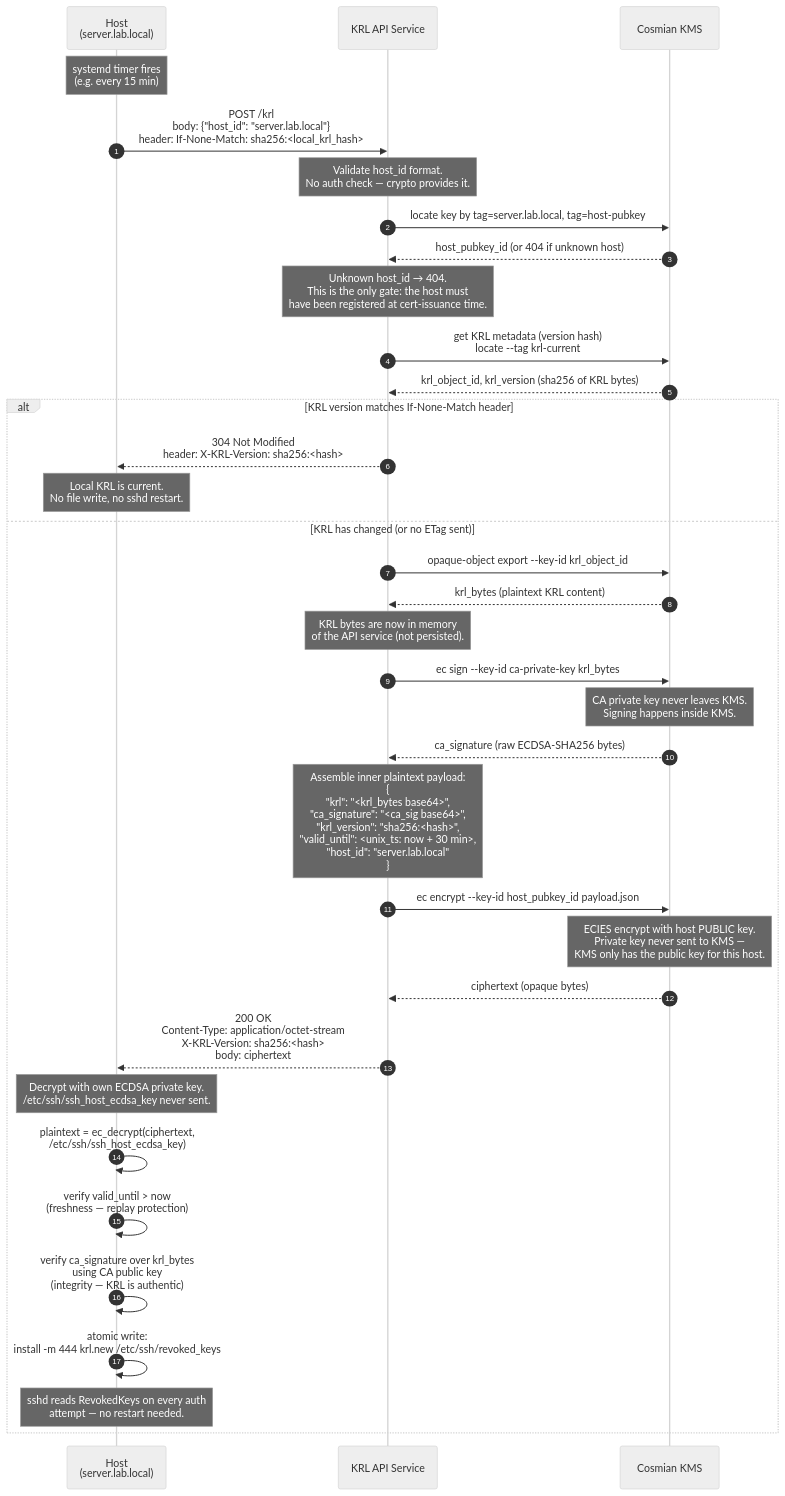
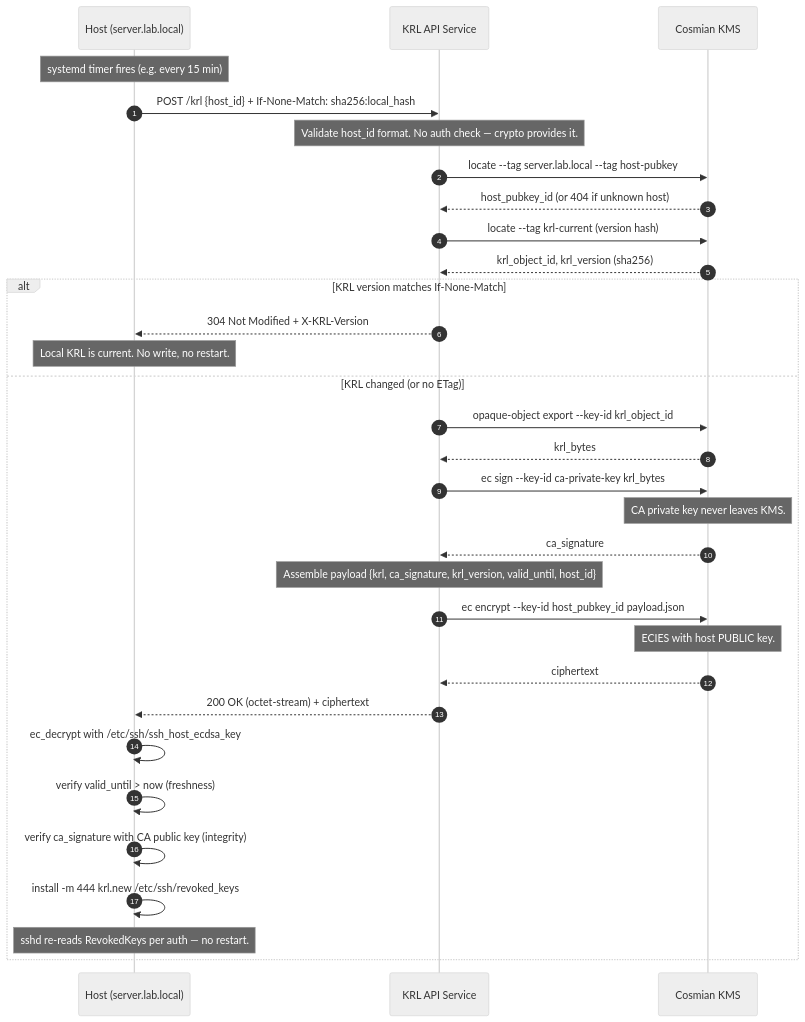
One commit to oriolrius/ssh-ca-cosmian-kms changed the second of 2 diagrams in docs/krl-distribution.md. Above: the diagram before and after it, drawn with Mermaid (neutral theme). The commit also changed other lines of this file and 5 other files, not shown here.

First line of the commit message:
docs: restyle KRL doc to match the reference, drop ASCII art, remove PLAN.md

````diff
--- a/docs/krl-distribution.md
+++ b/docs/krl-distribution.md
@@ -106,58 +96,35 @@
 ```mermaid
 sequenceDiagram
     autonumber
+    participant H as Host (server.lab.local)
+    participant A as KRL API Service
+    participant K as Cosmian KMS
 
-    participant H  as Host<br/>(server.lab.local)
-    participant A  as KRL API Service
-    participant K  as Cosmian KMS
-
-    note over H: systemd timer fires<br/>(e.g. every 15 min)
-
-    H  ->> A: POST /krl<br/>body: {"host_id": "server.lab.local"}<br/>header: If-None-Match: sha256:<local_krl_hash>
-
-    note over A: Validate host_id format.<br/>No auth check — crypto provides it.
-
-    A  ->> K: locate key by tag=server.lab.local, tag=host-pubkey
-    K  -->> A: host_pubkey_id (or 404 if unknown host)
-
-    note over A: Unknown host_id → 404.<br/>This is the only gate: the host must<br/>have been registered at cert-issuance time.
-
-    A  ->> K: get KRL metadata (version hash)<br/>locate --tag krl-current
-    K  -->> A: krl_object_id, krl_version (sha256 of KRL bytes)
-
-    alt KRL version matches If-None-Match header
-        A  -->> H: 304 Not Modified<br/>header: X-KRL-Version: sha256:<hash>
-        note over H: Local KRL is current.<br/>No file write, no sshd restart.
-    else KRL has changed (or no ETag sent)
-
-        A  ->> K: opaque-object export --key-id krl_object_id
-        K  -->> A: krl_bytes (plaintext KRL content)
-
-        note over A: KRL bytes are now in memory<br/>of the API service (not persisted).
-
-        A  ->> K: ec sign --key-id ca-private-key  krl_bytes
-        note over K: CA private key never leaves KMS.<br/>Signing happens inside KMS.
-        K  -->> A: ca_signature (raw ECDSA-SHA256 bytes)
-
-        note over A: Assemble inner plaintext payload:<br/>{<br/>  "krl":          "<krl_bytes base64>",<br/>  "ca_signature": "<ca_sig  base64>",<br/>  "krl_version":  "sha256:<hash>",<br/>  "valid_until":  <unix_ts: now + 30 min>,<br/>  "host_id":      "server.lab.local"<br/>}
-
-        A  ->> K: ec encrypt --key-id host_pubkey_id  payload.json
-        note over K: ECIES encrypt with host PUBLIC key.<br/>Private key never sent to KMS —<br/>KMS only has the public key for this host.
-        K  -->> A: ciphertext (opaque bytes)
-
-        A  -->> H: 200 OK<br/>Content-Type: application/octet-stream<br/>X-KRL-Version: sha256:<hash><br/>body: ciphertext
-
-        note over H: Decrypt with own ECDSA private key.<br/>/etc/ssh/ssh_host_ecdsa_key never sent.
-
-        H  ->> H: plaintext = ec_decrypt(ciphertext,<br/>  /etc/ssh/ssh_host_ecdsa_key)
-
-        H  ->> H: verify valid_until > now<br/>(freshness — replay protection)
-
-        H  ->> H: verify ca_signature over krl_bytes<br/>using CA public key<br/>(integrity — KRL is authentic)
-
-        H  ->> H: atomic write:<br/>install -m 444 krl.new /etc/ssh/revoked_keys
-
-        note over H: sshd reads RevokedKeys on every auth<br/>attempt — no restart needed.
-
+    note over H: systemd timer fires (e.g. every 15 min)
+    H ->> A: POST /krl {host_id} + If-None-Match: sha256:local_hash
+    note over A: Validate host_id format. No auth check — crypto provides it.
+    A ->> K: locate --tag server.lab.local --tag host-pubkey
+    K -->> A: host_pubkey_id (or 404 if unknown host)
+    A ->> K: locate --tag krl-current (version hash)
+    K -->> A: krl_object_id, krl_version (sha256)
+    alt KRL version matches If-None-Match
+        A -->> H: 304 Not Modified + X-KRL-Version
+        note over H: Local KRL is current. No write, no restart.
+    else KRL changed (or no ETag)
+        A ->> K: opaque-object export --key-id krl_object_id
+        K -->> A: krl_bytes
+        A ->> K: ec sign --key-id ca-private-key krl_bytes
+        note over K: CA private key never leaves KMS.
+        K -->> A: ca_signature
+        note over A: Assemble payload {krl, ca_signature, krl_version, valid_until, host_id}
+        A ->> K: ec encrypt --key-id host_pubkey_id payload.json
+        note over K: ECIES with host PUBLIC key.
+        K -->> A: ciphertext
+        A -->> H: 200 OK (octet-stream) + ciphertext
+        H ->> H: ec_decrypt with /etc/ssh/ssh_host_ecdsa_key
+        H ->> H: verify valid_until > now (freshness)
+        H ->> H: verify ca_signature with CA public key (integrity)
+        H ->> H: install -m 444 krl.new /etc/ssh/revoked_keys
+        note over H: sshd re-reads RevokedKeys per auth — no restart.
     end
 ```
````
